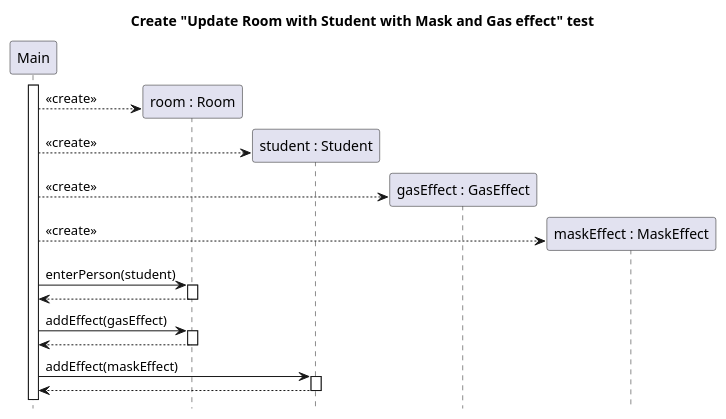
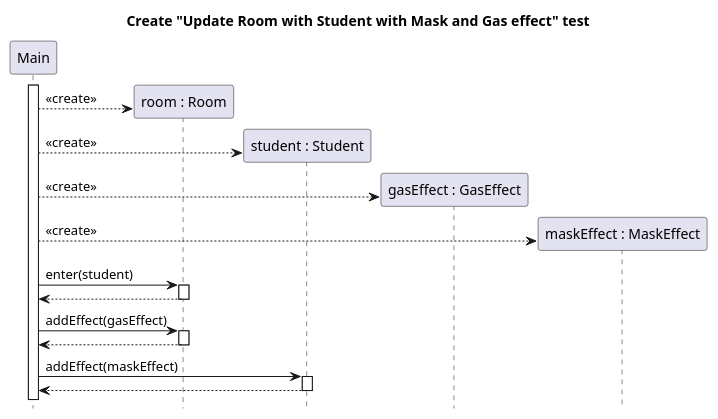
Before and after one commit to sn4k3ch4rm3r/logarlec: the diagram in docs/diagrams/test-create-sequence/room-update-gas-and-mask-create.puml, drawn with PlantUML. The commit also changed 1 other file, not shown here.

```diff
--- a/docs/diagrams/test-create-sequence/room-update-gas-and-mask-create.puml
+++ b/docs/diagrams/test-create-sequence/room-update-gas-and-mask-create.puml
@@ -1,26 +1,26 @@
 @startuml room-update-gas-and-mask-create
 title Create "Update Room with Student with Mask and Gas effect" test
 hide footbox
 participant "Main" as main
 participant "room : Room" as room
 participant "student : Student" as stu1
 participant "gasEffect : GasEffect" as gas
 participant "maskEffect : MaskEffect" as mask
 
 main++
 create room
 main --> room : <<create>>
 create stu1
 main --> stu1 : <<create>>
 create gas
 main --> gas : <<create>>
 create mask
 main --> mask : <<create>>
-main -> room ++: enterPerson(student)
+main -> room ++: enter(student)
 return
 main -> room ++: addEffect(gasEffect)
 return
 main -> stu1 ++: addEffect(maskEffect)
 return
 
 @enduml
```
